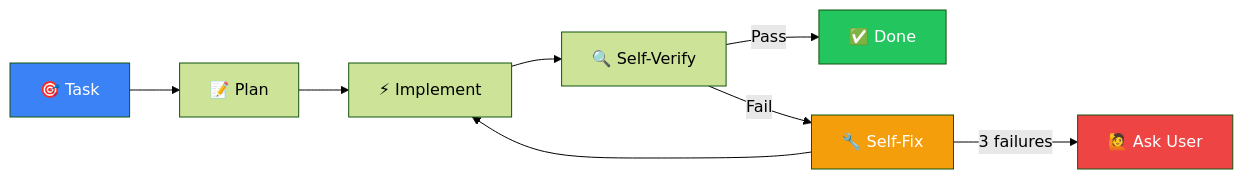
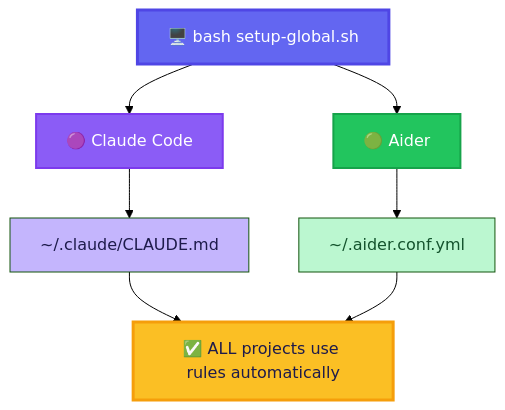
One commit to gil906/anthropic-instructions changed the third of 4 diagrams in README.md. Above: the diagram before and after it, drawn with Mermaid (forest theme). The commit also changed other lines of this file and 6 other files, not shown here.

First line of the commit message:
Add animated SVG assets for user flows and visual elements

````diff
--- a/README.md
+++ b/README.md
@@ -101,15 +306,16 @@
 ```mermaid
-flowchart LR
-    A["🎯 Task"] --> B["📝 Plan"]
-    B --> C["⚡ Implement"]
-    C --> D["🔍 Self-Verify"]
-    D -->|Pass| E["✅ Done"]
-    D -->|Fail| F["🔧 Self-Fix"]
-    F --> C
-    F -->|"3 failures"| G["🙋 Ask User"]
+flowchart TD
+    A["🖥️ bash setup-global.sh"] --> B["🟣 Claude Code"]
+    A --> C["🟢 Aider"]
+    B --> D["~/.claude/CLAUDE.md"]
+    C --> E["~/.aider.conf.yml"]
+    D --> F["✅ ALL projects use rules automatically"]
+    E --> F
 
-    style A fill:#3b82f6,color:#fff
-    style E fill:#22c55e,color:#fff
-    style F fill:#f59e0b,color:#fff
-    style G fill:#ef4444,color:#fff
+    style A fill:#6366f1,color:#fff,stroke:#4f46e5,stroke-width:3px
+    style B fill:#8b5cf6,color:#fff,stroke:#7c3aed,stroke-width:2px
+    style C fill:#22c55e,color:#fff,stroke:#16a34a,stroke-width:2px
+    style D fill:#c4b5fd,color:#1e1b4b
+    style E fill:#bbf7d0,color:#14532d
+    style F fill:#fbbf24,color:#1e1b4b,stroke:#f59e0b,stroke-width:3px
 ```
````
